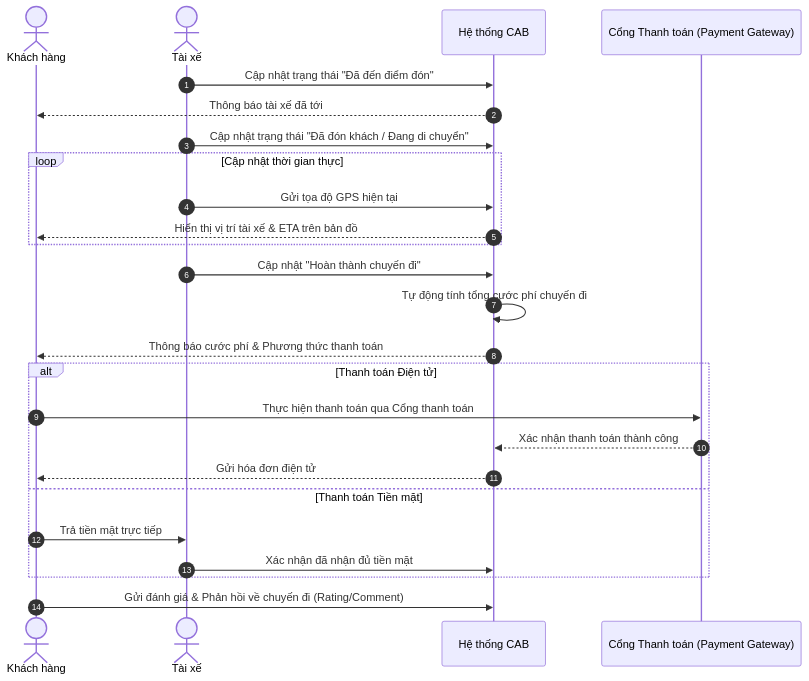
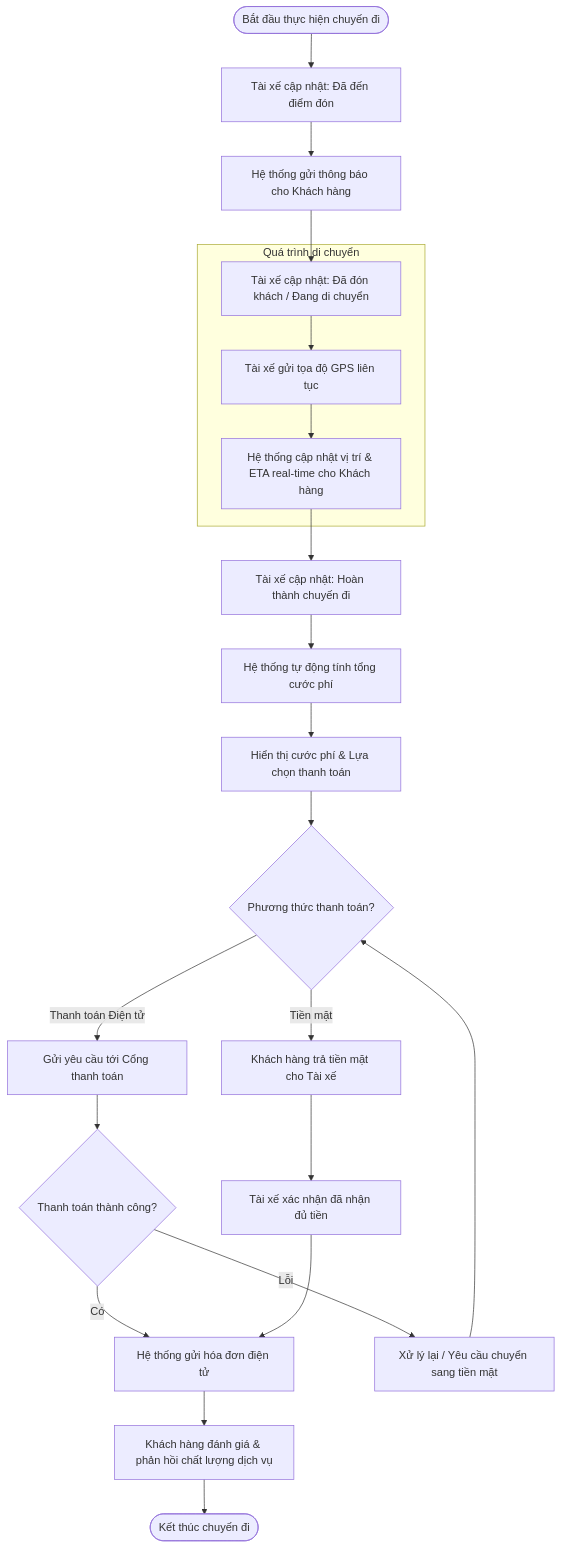
The third of 3 diagrams in srs.md (DuynDangHocBai/23720691_NguyenThiMyDUyen_CABSYSTEM), drawn with Mermaid before and after one commit. The commit also changed other lines of this file, not shown here.

Commit message:
Revise business process modeling with flowcharts
Updated the business process modeling section with flowcharts and improved terminology.

````diff
--- a/srs.md
+++ b/srs.md
@@ -107,32 +104,31 @@
 ```mermaid
-sequenceDiagram
-    autonumber
-    actor KH as Khách hàng
-    actor TX as Tài xế
-    participant HT as Hệ thống CAB
-    participant TT as Cổng Thanh toán (Payment Gateway)
-
-    TX->>HT: Cập nhật trạng thái "Đã đến điểm đón"
-    HT-->>KH: Thông báo tài xế đã tới
-    TX->>HT: Cập nhật trạng thái "Đã đón khách / Đang di chuyển"
+flowchart TD
+    Transition([Bắt đầu thực hiện chuyến đi]) --> DriverArrive[Tài xế cập nhật: Đã đến điểm đón]
+    DriverArrive --> NotifyArrived[Hệ thống gửi thông báo cho Khách hàng]
     
-    loop Cập nhật thời gian thực
-        TX->>HT: Gửi tọa độ GPS hiện tại
-        HT-->>KH: Hiển thị vị trí tài xế & ETA trên bản đồ
+    NotifyArrived --> StartTrip[Tài xế cập nhật: Đã đón khách / Đang di chuyển]
+    
+    subgraph RealTimeTracking [Quá trình di chuyển]
+        StartTrip --> GPSUpdate[Tài xế gửi tọa độ GPS liên tục]
+        GPSUpdate --> ShowETA[Hệ thống cập nhật vị trí & ETA real-time cho Khách hàng]
     end
 
-    TX->>HT: Cập nhật "Hoàn thành chuyến đi"
-    HT->>HT: Tự động tính tổng cước phí chuyến đi
-    HT-->>KH: Thông báo cước phí & Phương thức thanh toán
+    ShowETA --> FinishTrip[Tài xế cập nhật: Hoàn thành chuyến đi]
+    FinishTrip --> CalcFare[Hệ thống tự động tính tổng cước phí]
+    CalcFare --> ShowFare[Hiển thị cước phí & Lựa chọn thanh toán]
 
-    alt Thanh toán Điện tử
-        KH->>TT: Thực hiện thanh toán qua Cổng thanh toán
-        TT-->>HT: Xác nhận thanh toán thành công
-        HT-->>KH: Gửi hóa đơn điện tử
-    else Thanh toán Tiền mặt
-        KH->>TX: Trả tiền mặt trực tiếp
-        TX->>HT: Xác nhận đã nhận đủ tiền mặt
-    end
+    ShowFare --> PaymentMethod{Phương thức thanh toán?}
 
-    KH->>HT: Gửi đánh giá & Phản hồi về chuyến đi (Rating/Comment)
+    PaymentMethod -- Thanh toán Điện tử --> Gateway[Gửi yêu cầu tới Cổng thanh toán]
+    Gateway --> CheckPay{Thanh toán thành công?}
+    CheckPay -- Có --> IssueInvoice[Hệ thống gửi hóa đơn điện tử]
+    CheckPay -- Lỗi --> RetryPay[Xử lý lại / Yêu cầu chuyển sang tiền mặt]
+    RetryPay --> PaymentMethod
+
+    PaymentMethod -- Tiền mặt --> CashPay[Khách hàng trả tiền mặt cho Tài xế]
+    CashPay --> ConfirmCash[Tài xế xác nhận đã nhận đủ tiền]
+    ConfirmCash --> IssueInvoice
+
+    IssueInvoice --> Rating[Khách hàng đánh giá & phản hồi chất lượng dịch vụ]
+    Rating --> EndTrip([Kết thúc chuyến đi])
 ```
````
